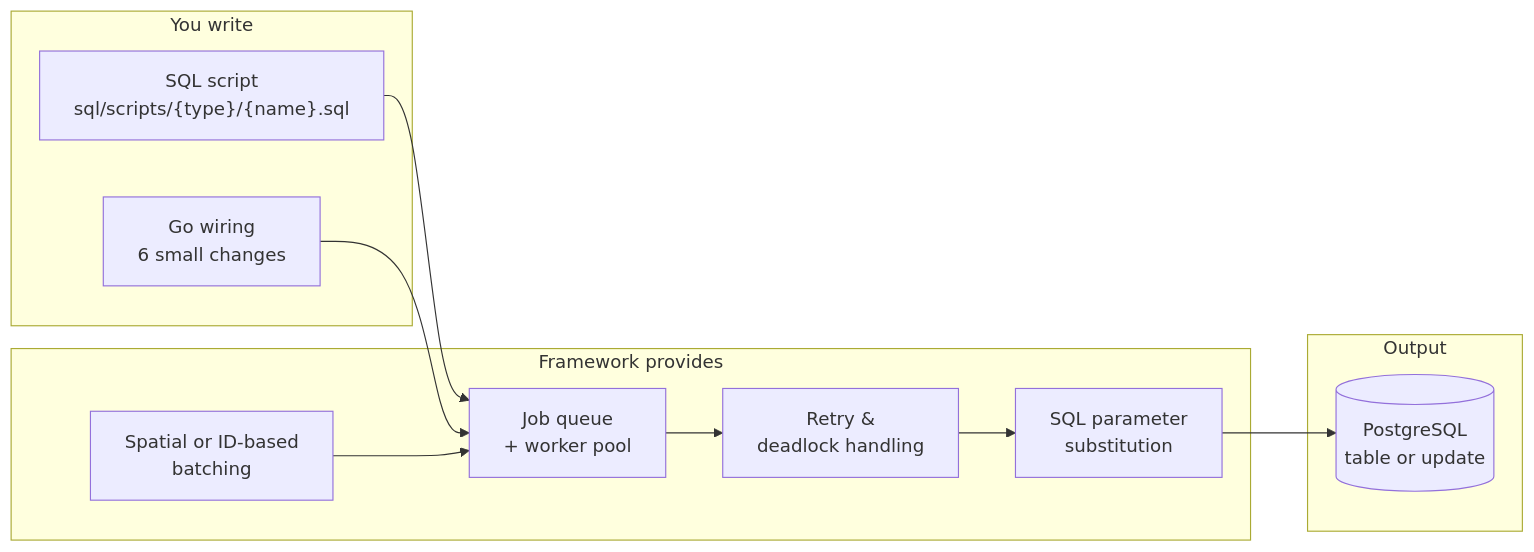
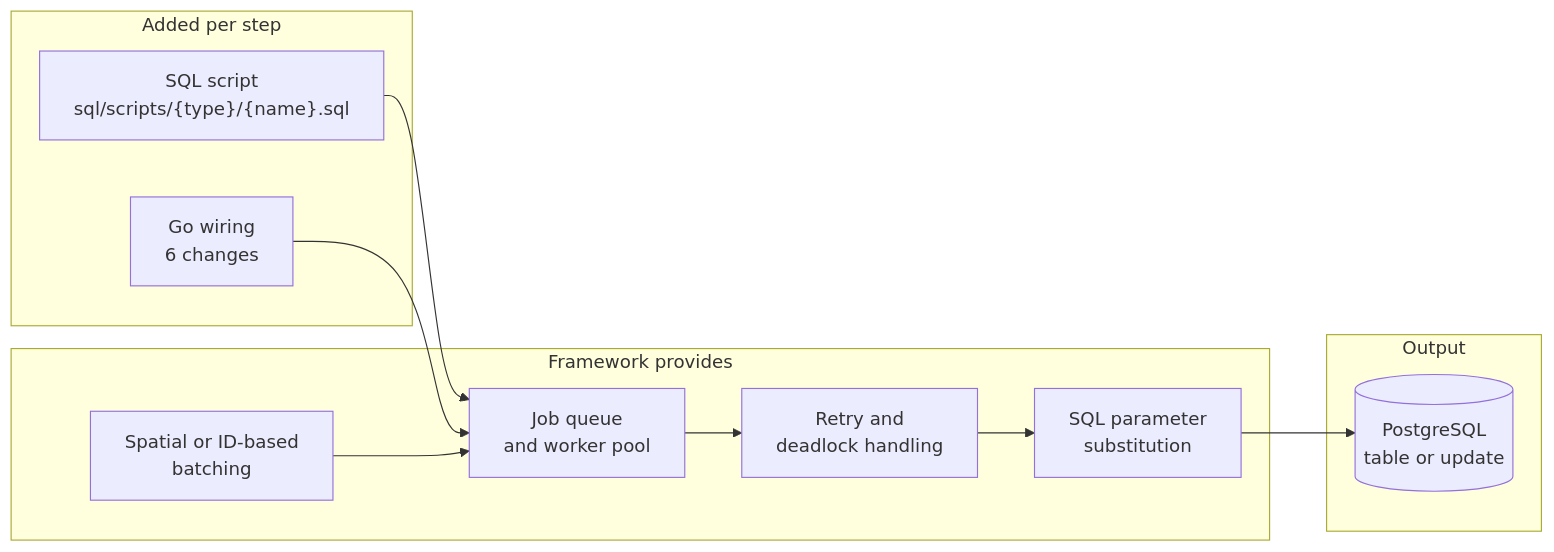
One commit to THD-Spatial-AI/city2tabula changed the diagram in docs/code/extending-pipeline.md. Above: the diagram before and after it, drawn with Mermaid. The commit also changed other lines of this file and 23 other files, not shown here.

````diff
--- a/docs/code/extending-pipeline.md
+++ b/docs/code/extending-pipeline.md
@@ -14,25 +19,25 @@
 ```mermaid
 flowchart LR
-    subgraph "You write"
-        SQL["SQL script\nsql/scripts/{type}/{name}.sql"]
-        GO["Go wiring\n6 small changes"]
+    subgraph "Added per step"
+        SQL["SQL script<br>sql/scripts/{type}/{name}.sql"]
+        GO["Go wiring<br>6 changes"]
     end
 
     subgraph "Framework provides"
-        BATCH["Spatial or ID-based\nbatching"]
-        QUEUE["Job queue\n+ worker pool"]
-        RETRY["Retry &<br>deadlock handling"]
-        PARAM["SQL parameter\nsubstitution"]
+        BATCH["Spatial or ID-based<br>batching"]
+        QUEUE["Job queue<br>and worker pool"]
+        RETRY["Retry and<br>deadlock handling"]
+        PARAM["SQL parameter<br>substitution"]
     end
 
     subgraph "Output"
-        DB[("PostgreSQL\ntable or update")]
+        DB[("PostgreSQL<br>table or update")]
     end
 
     SQL --> QUEUE
     GO --> QUEUE
     BATCH --> QUEUE
     QUEUE --> RETRY
     RETRY --> PARAM
     PARAM --> DB
 ```
````
